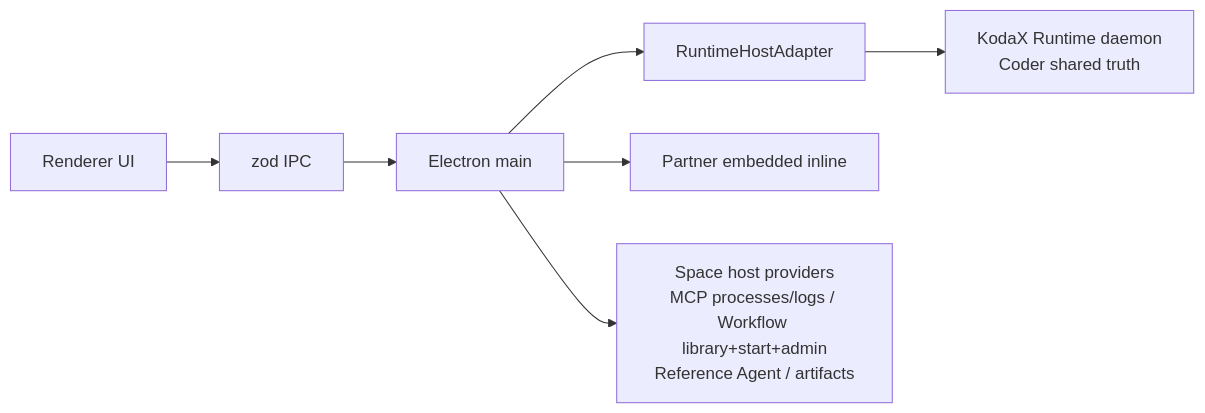
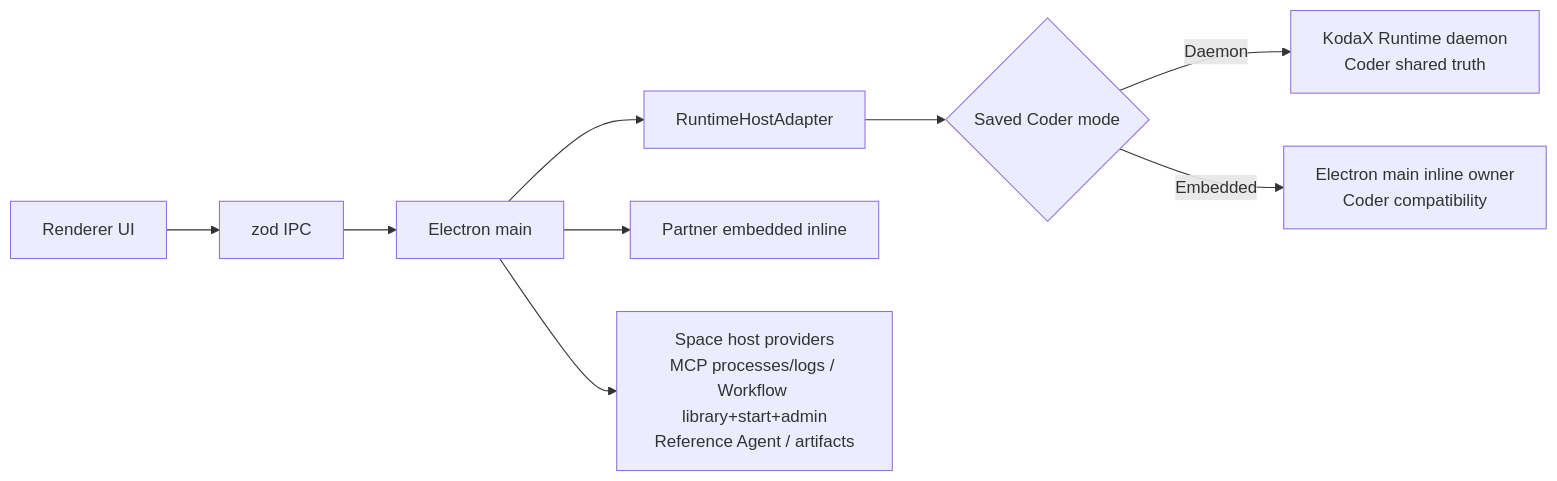
The second of 2 diagrams in docs/USAGE.md (icetomoyo/KodaX-Space), drawn with Mermaid before and after one commit. The commit also changed other lines of this file and 17 other files, not shown here.

````diff
--- a/docs/USAGE.md
+++ b/docs/USAGE.md
@@ -82,9 +85,11 @@
 ```mermaid
 flowchart LR
     UI["Renderer UI"] --> IPC["zod IPC"]
     IPC --> Host["Electron main"]
     Host --> Adapter["RuntimeHostAdapter"]
-    Adapter --> Runtime["KodaX Runtime daemon<br/>Coder shared truth"]
+    Adapter --> Mode{"Saved Coder mode"}
+    Mode -->|Daemon| Runtime["KodaX Runtime daemon<br/>Coder shared truth"]
+    Mode -->|Embedded| Inline["Electron main inline owner<br/>Coder compatibility"]
     Host --> Partner["Partner embedded inline"]
     Host --> Bridges["Space host providers<br/>MCP processes/logs / Workflow library+start+admin<br/>Reference Agent / artifacts"]
 ```
````
